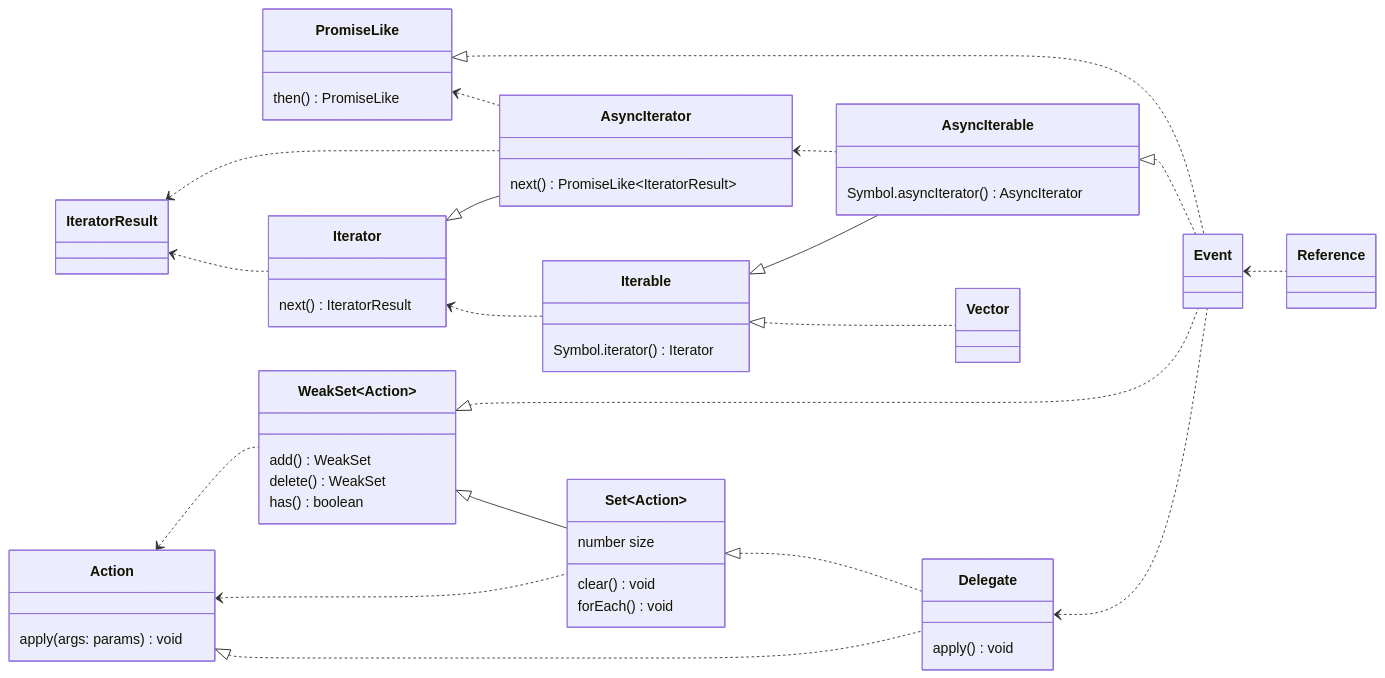
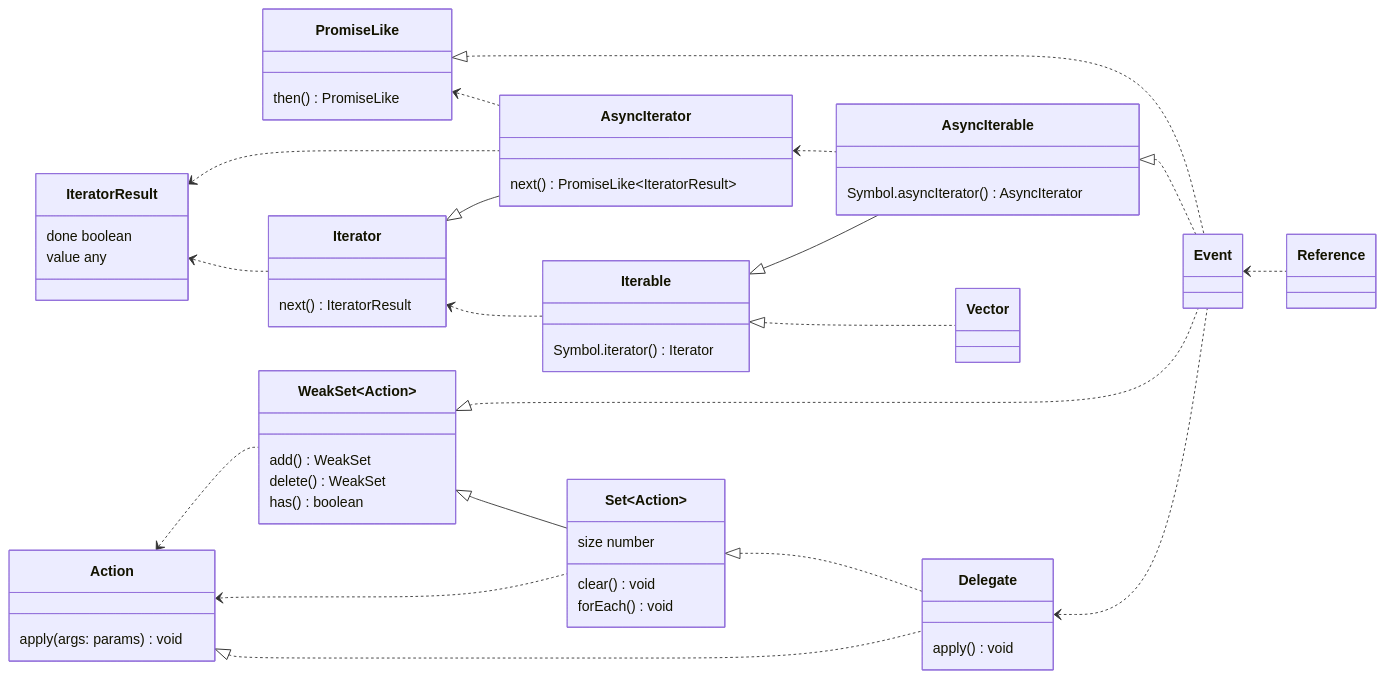
The fourth of 4 diagrams in README.md (domrally/peekeasy), drawn with Mermaid before and after one commit.

````diff
--- a/README.md
+++ b/README.md
@@ -208,58 +208,62 @@
 ```mermaid
 classDiagram
     direction LR
     PromiseLike <|.. Event
     PromiseLike <.. AsyncIterator
     IteratorResult <.. AsyncIterator
     Iterator <|-- AsyncIterator
     AsyncIterator <.. AsyncIterable
     Iterable <|-- AsyncIterable
     AsyncIterable <|.. Event
     IteratorResult <.. Iterator
     Iterator <.. Iterable
     Iterable <|.. Vector
     WeakSet~Action~ <|.. Event
     Action <.. WeakSet~Action~
     Action <.. Set~Action~
     Action <|.. Delegate
     Set~Action~ <|.. Delegate
     Delegate <.. Event
     Event <.. Reference
     WeakSet~Action~ <|-- Set~Action~
+    class IteratorResult {
+        done boolean
+        value any
+    }
     class AsyncIterable {
         Symbol.asyncIterator() AsyncIterator
     }
     class Iterable {
         Symbol.iterator() Iterator
     }
     class Iterator {
         next() IteratorResult
     }
     class AsyncIterator {
         next() PromiseLike~IteratorResult~
     }
     class PromiseLike {
         then() PromiseLike
     }
     class WeakSet {
         add() WeakSet
         delete() WeakSet
         has() boolean
     }
     class Set {
-        number size
+        size number
         clear() void
         forEach() void
     }
     class Action {
         apply(args: params) void
     }
     class Delegate {
         apply() void
     }
     link Delegate "https://github.com/domrally/peekeasy/blob/main/src/delegate.ts" "delegate.ts"
     class Event
     link Event "https://github.com/domrally/peekeasy/blob/main/src/event.ts" "event.ts"
     class Vector
     link Vector "https://github.com/domrally/peekeasy/blob/main/src/vector.ts" "vector.ts"
 ```
````
